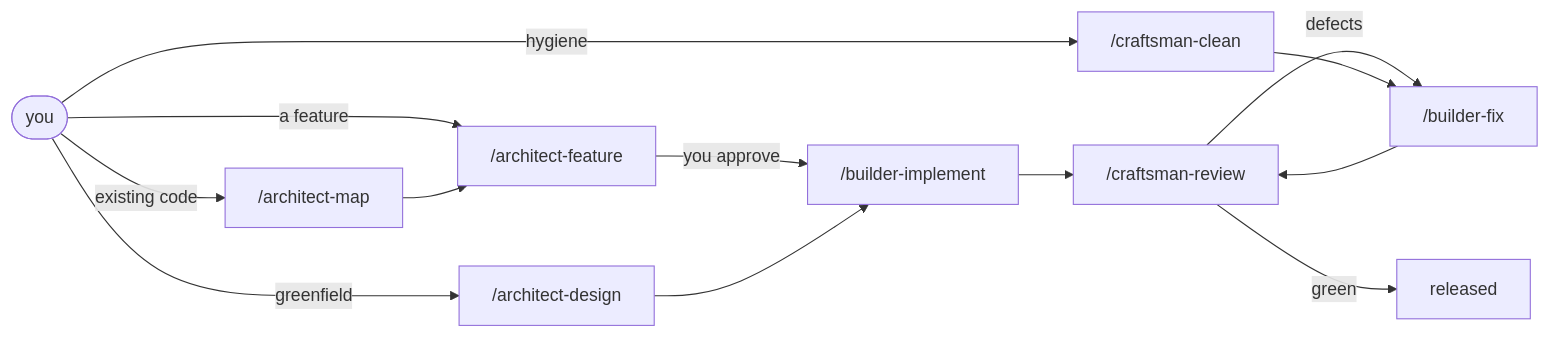
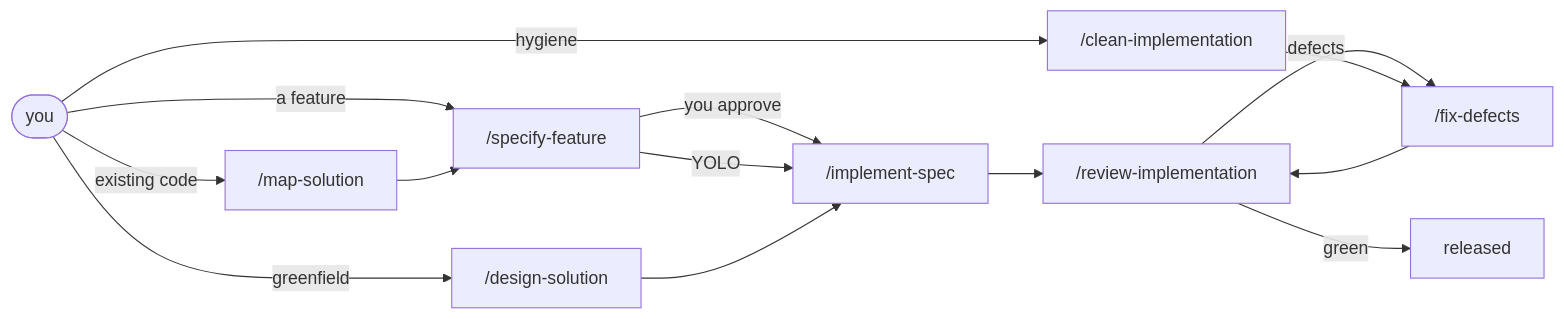
One commit to AIDDbot/AIDDbot changed the first of 5 diagrams in docs/AIDD.workflow.md. Above: the diagram before and after it, drawn with Mermaid. The commit also changed other lines of this file and 17 other files, not shown here.

````diff
--- a/docs/AIDD.workflow.md
+++ b/docs/AIDD.workflow.md
@@ -31,16 +34,17 @@
 ```mermaid
 flowchart LR
   YOU([you])
-  YOU -->|existing code| MAP["/architect-map"]
-  YOU -->|greenfield| DES["/architect-design"]
-  YOU -->|a feature| FEAT["/architect-feature"]
+  YOU -->|existing code| MAP["/map-solution"]
+  YOU -->|greenfield| DES["/design-solution"]
+  YOU -->|a feature| FEAT["/specify-feature"]
   MAP --> FEAT
-  FEAT -->|you approve| IMP["/builder-implement"]
+  FEAT -->|you approve| IMP["/implement-spec"]
+  FEAT -->|YOLO| IMP
   DES --> IMP
-  IMP --> REV["/craftsman-review"]
-  REV -->|defects| FIX["/builder-fix"]
+  IMP --> REV["/review-implementation"]
+  REV -->|defects| FIX["/fix-defects"]
   FIX --> REV
   REV -->|green| REL[released]
-  YOU -->|hygiene| CLEAN["/craftsman-clean"]
+  YOU -->|hygiene| CLEAN["/clean-implementation"]
   CLEAN --> FIX
 ```
````
